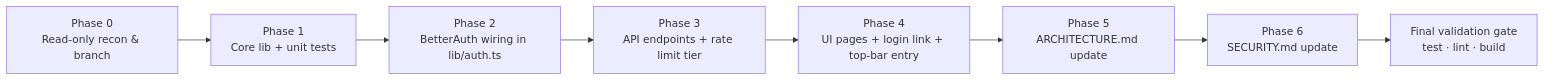
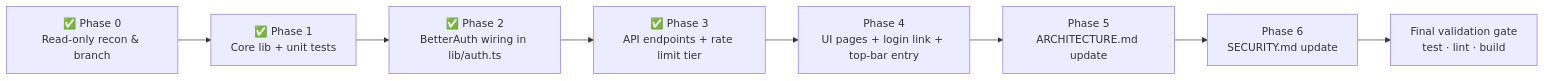
The diagram in .hermes/plans/2026-10-29_155244-forgot-password-plan.md (johnlynas/nipp), drawn with Mermaid before and after one commit. The commit also changed other lines of this file and 12 other files, not shown here.

First line of the commit message:
feat(auth): forgot-password API endpoints + password-reset rate tier + OpenAPI docs (Phase 3)

````diff
--- a/.hermes/plans/2026-10-29_155244-forgot-password-plan.md
+++ b/.hermes/plans/2026-10-29_155244-forgot-password-plan.md
@@ -17,10 +17,10 @@
 ```mermaid
 flowchart LR
-    P0[Phase 0<br/>Read-only recon & branch] --> P1[Phase 1<br/>Core lib + unit tests]
-    P1 --> P2[Phase 2<br/>BetterAuth wiring in lib/auth.ts]
-    P2 --> P3[Phase 3<br/>API endpoints + rate limit tier]
+    P0[✅ Phase 0<br/>Read-only recon & branch] --> P1[✅ Phase 1<br/>Core lib + unit tests]
+    P1 --> P2[✅ Phase 2<br/>BetterAuth wiring in lib/auth.ts]
+    P2 --> P3[✅ Phase 3<br/>API endpoints + rate limit tier]
     P3 --> P4[Phase 4<br/>UI pages + login link + top-bar entry]
     P4 --> P5[Phase 5<br/>ARCHITECTURE.md update]
     P5 --> P6[Phase 6<br/>SECURITY.md update]
     P6 --> FIN[Final validation gate<br/>test · lint · build]
 ```
````
